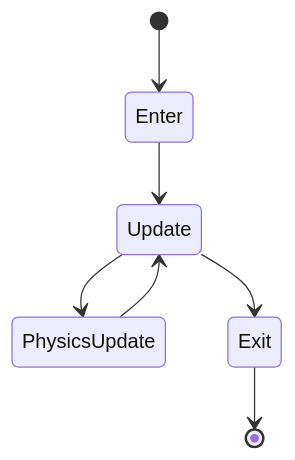
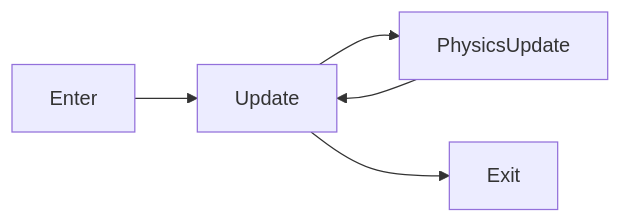
One commit to iamai74/project-echo changed the diagram in docs/architecture/state-machine.md. Above: the diagram before and after it, drawn with Mermaid. The commit also changed other lines of this file and 25 other files, not shown here.

````diff
--- a/docs/architecture/state-machine.md
+++ b/docs/architecture/state-machine.md
@@ -119,15 +112,8 @@
 ```mermaid
-stateDiagram-v2
+flowchart LR
 
-[*] --> Enter
-
-Enter --> Update
-
-Update --> PhysicsUpdate
-
-PhysicsUpdate --> Update
-
-Update --> Exit
-
-Exit --> [*]
+    Enter --> Update
+    Update --> PhysicsUpdate
+    PhysicsUpdate --> Update
+    Update --> Exit
 ```
````
